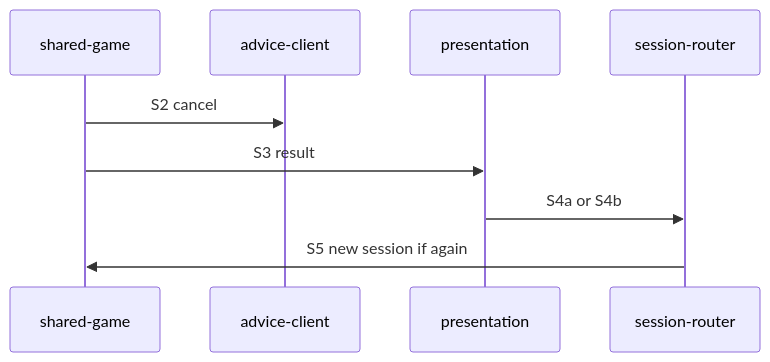
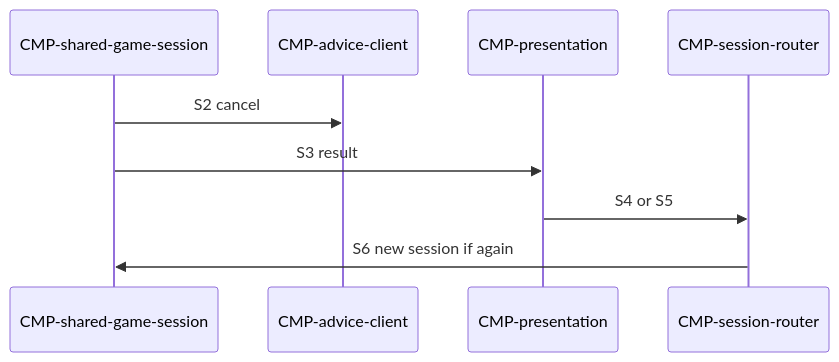
The diagram in specs/technical/sequences/shared-end-new-session.md (waigore/simplechessv2), drawn with Mermaid before and after one commit. The commit also changed other lines of this file and 120 other files, not shown here.

````diff
--- a/specs/technical/sequences/shared-end-new-session.md
+++ b/specs/technical/sequences/shared-end-new-session.md
@@ -37,11 +37,11 @@
 ```mermaid
 sequenceDiagram
-  participant S as shared-game
-  participant A as advice-client
-  participant V as presentation
-  participant R as session-router
+  participant S as CMP-shared-game-session
+  participant A as CMP-advice-client
+  participant V as CMP-presentation
+  participant R as CMP-session-router
   S->>A: S2 cancel
   S->>V: S3 result
-  V->>R: S4a or S4b
-  R->>S: S5 new session if again
+  V->>R: S4 or S5
+  R->>S: S6 new session if again
 ```
````
